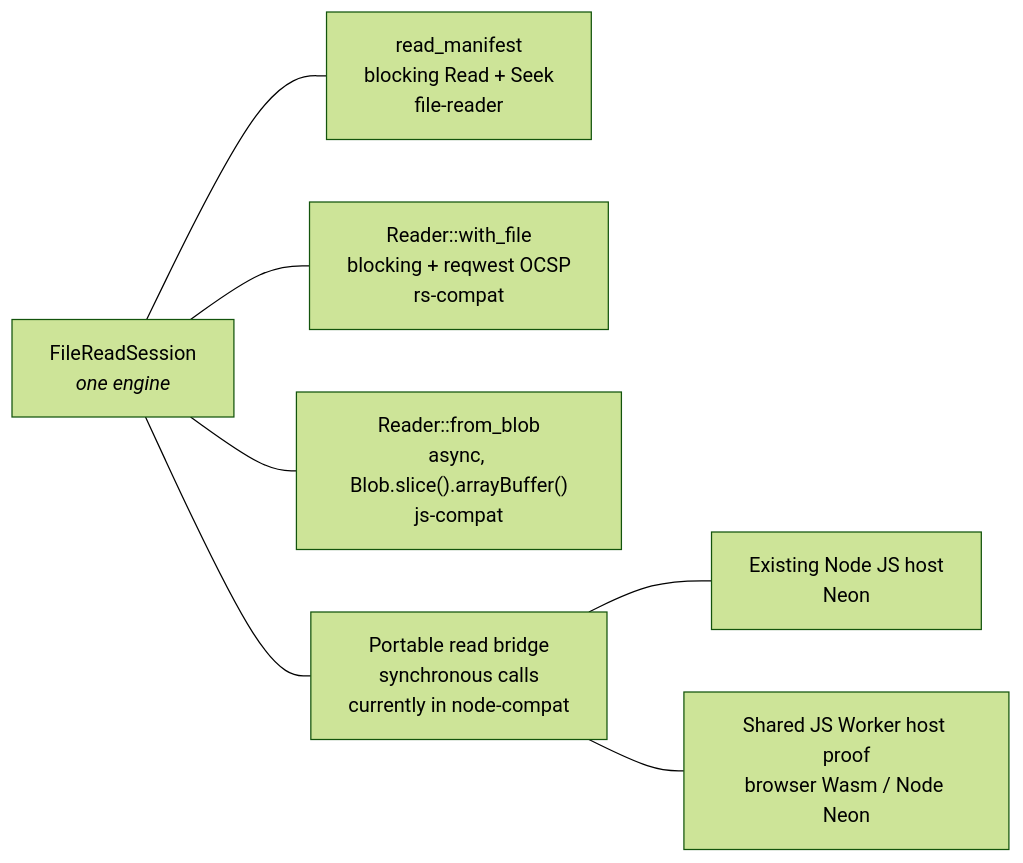
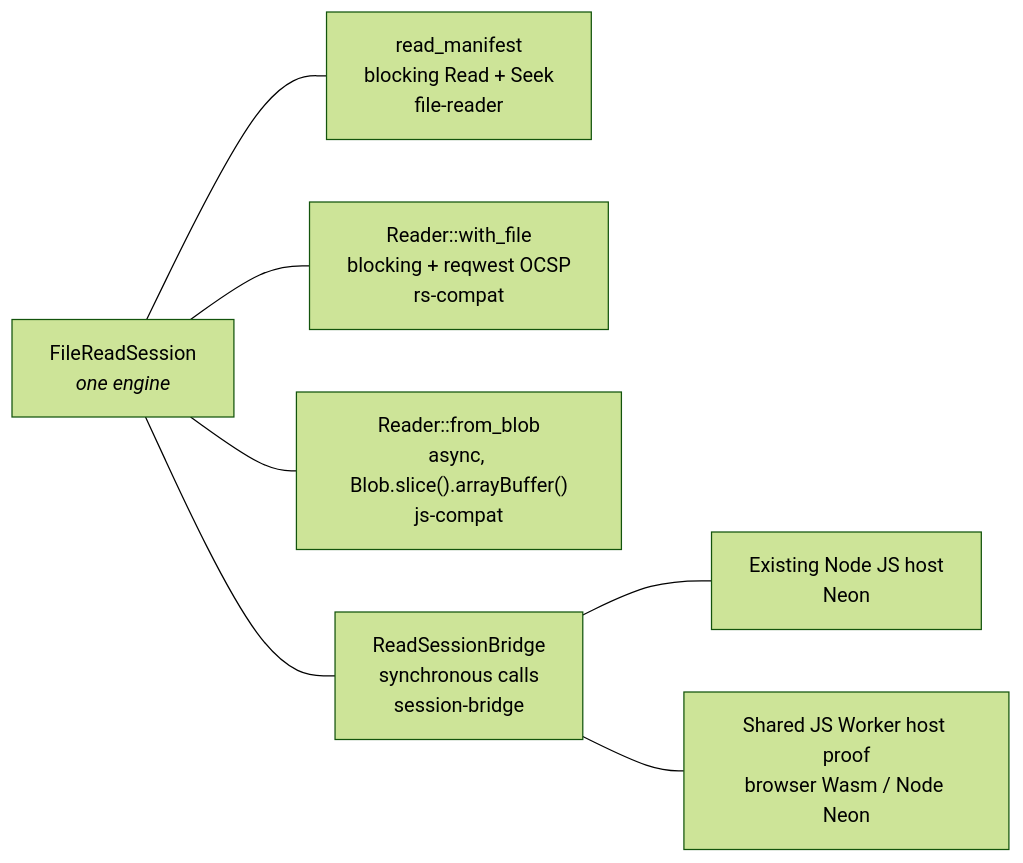
One commit to scouten/state-machine-experiment changed the third of 3 diagrams in docs/walkthrough/03-read-path.md. Above: the diagram before and after it, drawn with Mermaid (forest theme). The commit also changed 100 other files, not shown here.

````diff
--- a/docs/walkthrough/03-read-path.md
+++ b/docs/walkthrough/03-read-path.md
@@ -91,10 +91,10 @@
 ```mermaid
 flowchart LR
     S["FileReadSession<br/><i>one engine</i>"]
     S --- H1["read_manifest<br/>blocking Read + Seek<br/>file-reader"]
     S --- H2["Reader::with_file<br/>blocking + reqwest OCSP<br/>rs-compat"]
     S --- H3["Reader::from_blob<br/>async, Blob.slice().arrayBuffer()<br/>js-compat"]
-    S --- H4["Portable read bridge<br/>synchronous calls<br/>currently in node-compat"]
+    S --- H4["ReadSessionBridge<br/>synchronous calls<br/>session-bridge"]
     H4 --- N["Existing Node JS host<br/>Neon"]
     H4 --- W["Shared JS Worker host proof<br/>browser Wasm / Node Neon"]
 ```
````
